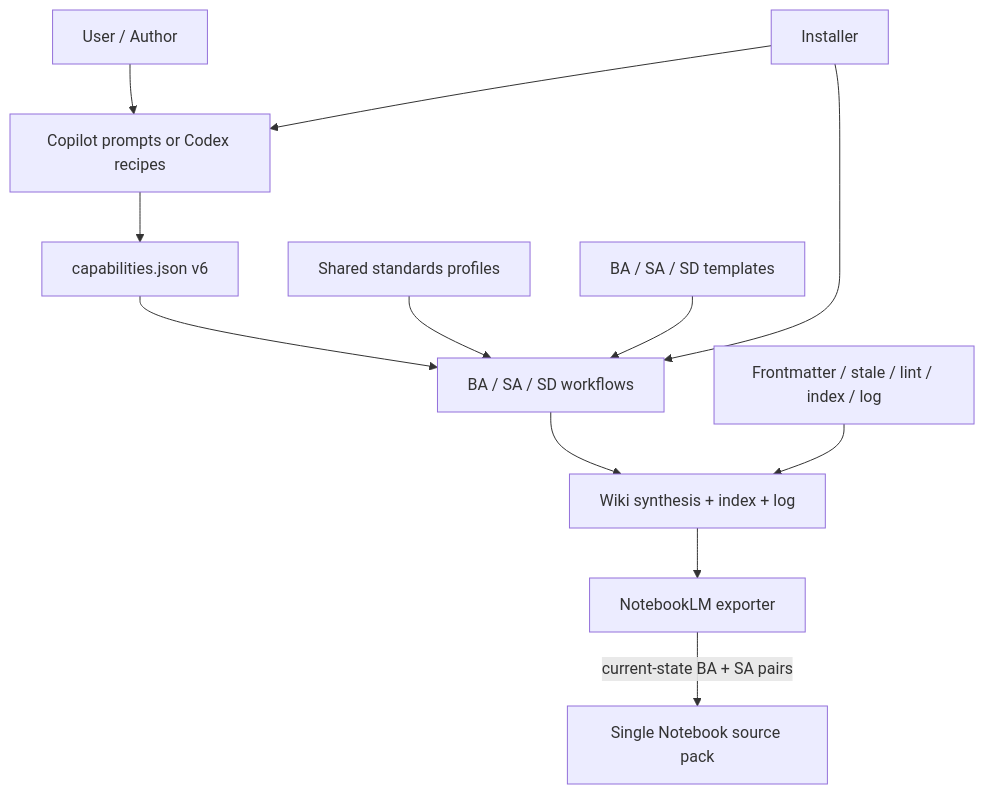
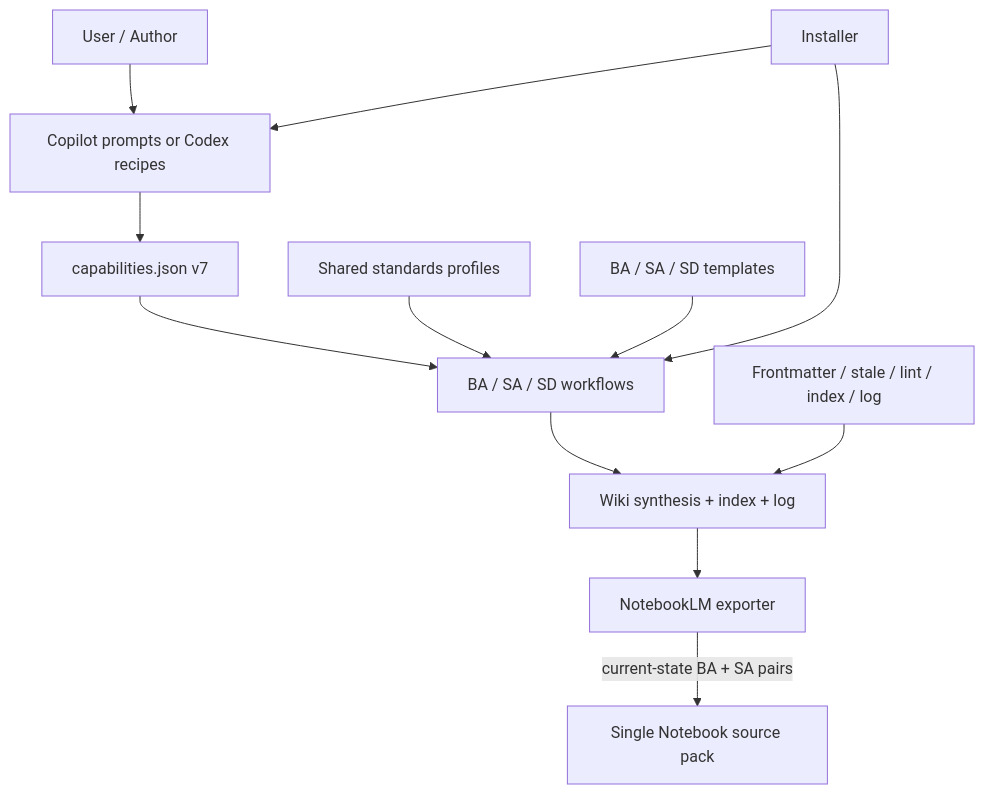
The first of 5 diagrams in wiki/synthesis/system-design.md (dennis8499/code-base-llm-wiki), drawn with Mermaid before and after one commit. The commit also changed other lines of this file and 248 other files, not shown here.

````diff
--- a/wiki/synthesis/system-design.md
+++ b/wiki/synthesis/system-design.md
@@ -132,14 +132,14 @@
 ```mermaid
 flowchart TB
     User[User / Author] --> Entry[Copilot prompts or Codex recipes]
-    Entry --> Manifest[capabilities.json v6]
+    Entry --> Manifest[capabilities.json v7]
     Manifest --> Workflows[BA / SA / SD workflows]
     Standards[Shared standards profiles] --> Workflows
     Templates[BA / SA / SD templates] --> Workflows
     Workflows --> Wiki[Wiki synthesis + index + log]
     Validator[Frontmatter / stale / lint / index / log] --> Wiki
     Installer[Installer] --> Entry
     Installer --> Workflows
     Wiki --> Exporter[NotebookLM exporter]
     Exporter -->|current-state BA + SA pairs| Pack[Single Notebook source pack]
 ```
````
